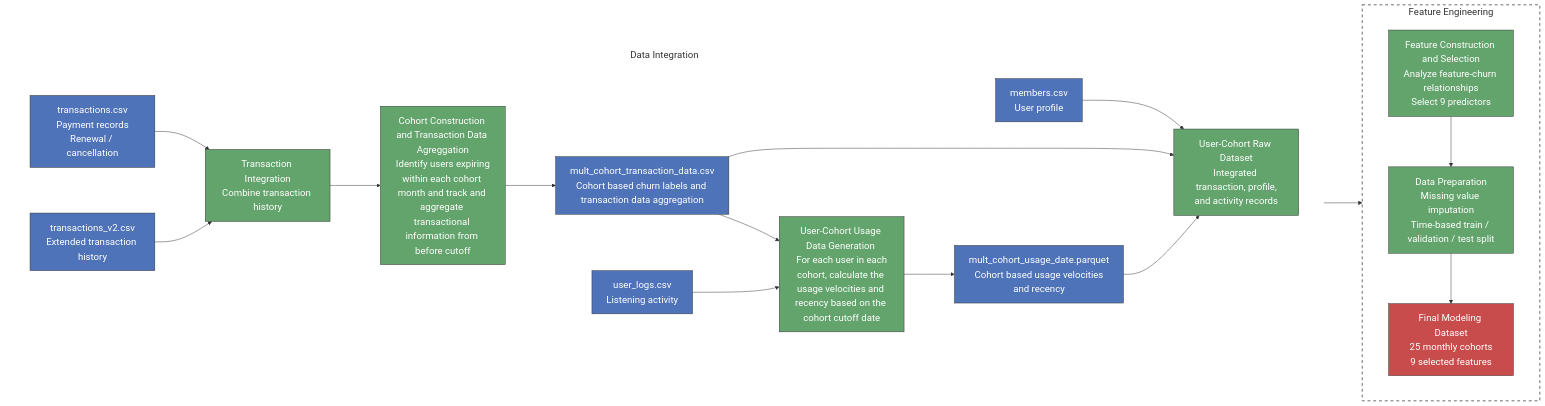
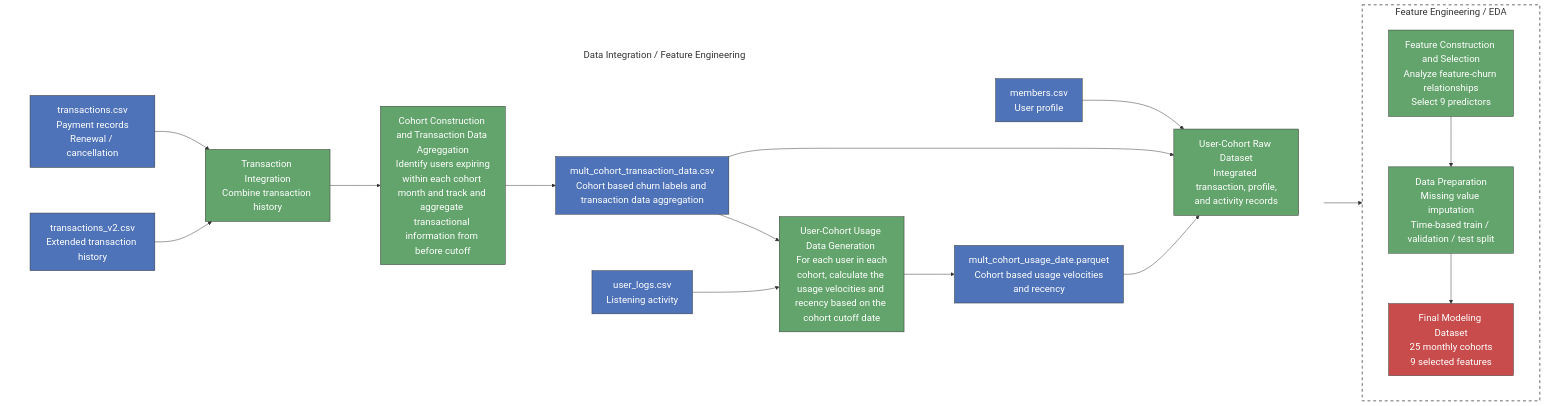
Before and after one commit to linxinliu241/kkbox-churn-project: the diagram in README.md, drawn with Mermaid.

```diff
--- a/README.md
+++ b/README.md
@@ -96,7 +96,7 @@
 %% Stage 1: Data Integration
 %% =========================
 
-subgraph DATA["Data Integration"]
+subgraph DATA["Data Integration / Feature Engineering"]
 
 direction LR
 
@@ -146,7 +146,7 @@
 %% Stage 2: Feature Engineering
 %% =========================
 
-subgraph FEATURE["Feature Engineering"]
+subgraph FEATURE["Feature Engineering / EDA"]
 
 direction TB
 
```
